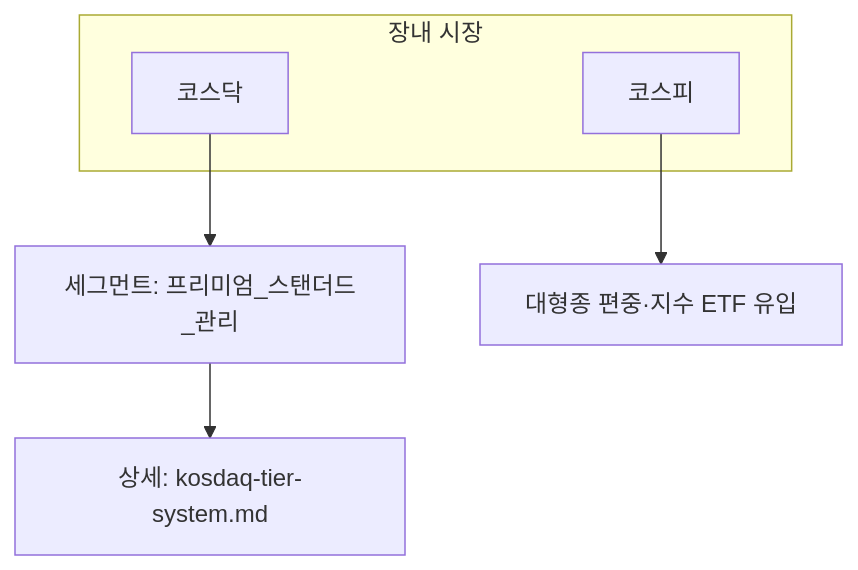
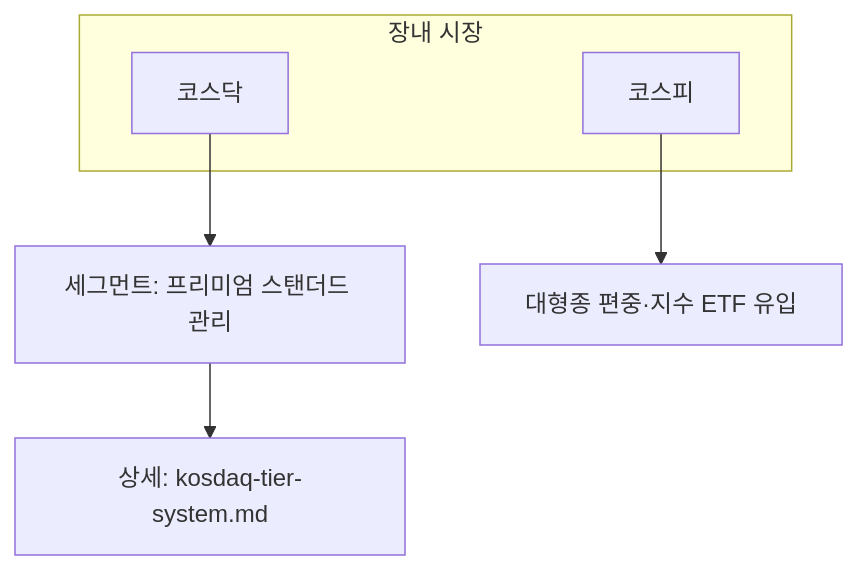
The second of 2 diagrams in 03-markets/korea-equity-market-structure.md (goldanghenry/Finances), drawn with Mermaid before and after one commit. The commit also changed other lines of this file and 211 other files, not shown here.

````diff
--- a/03-markets/korea-equity-market-structure.md
+++ b/03-markets/korea-equity-market-structure.md
@@ -120,10 +126,10 @@
 ```mermaid
 flowchart TB
   subgraph KX[장내 시장]
     P[코스피]
     Q[코스닥]
   end
-  Q --> T[세그먼트: 프리미엄_스탠더드_관리]
+  Q --> T["세그먼트: 프리미엄 스탠더드 관리"]
   T --> Doc["상세: kosdaq-tier-system.md"]
   P --> Cap[대형종 편중·지수 ETF 유입]
 ```
````
